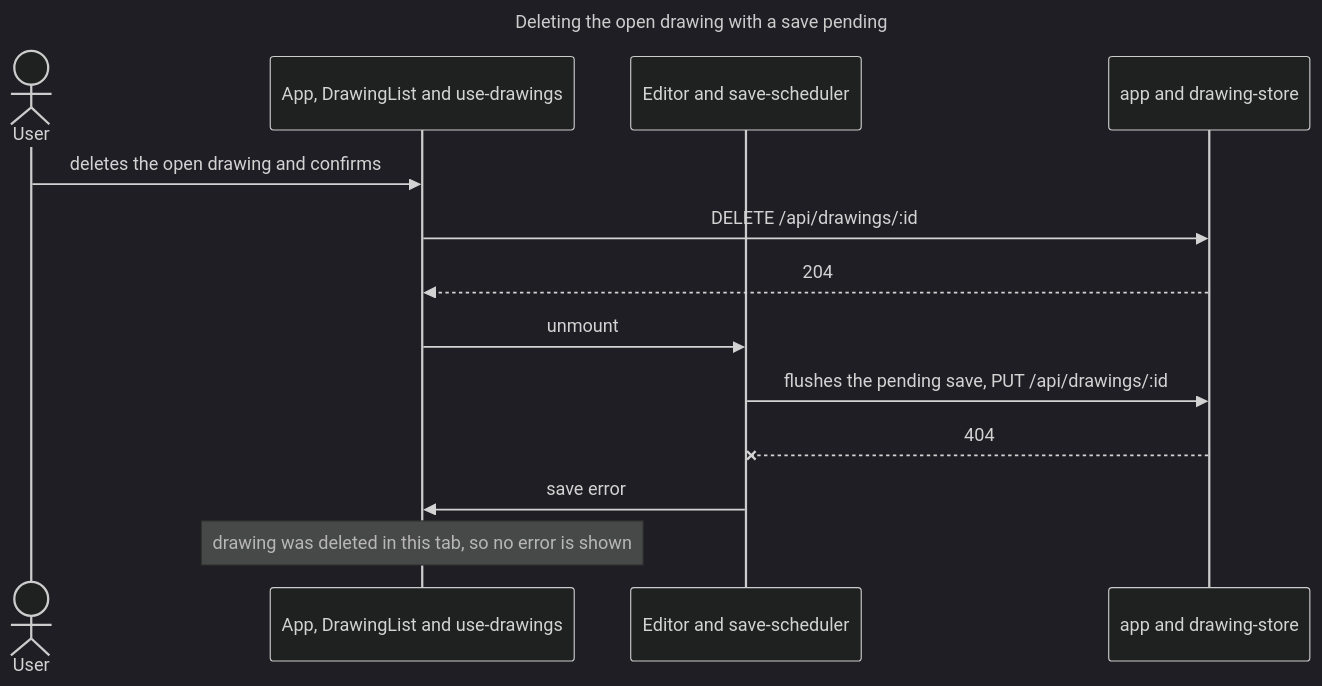
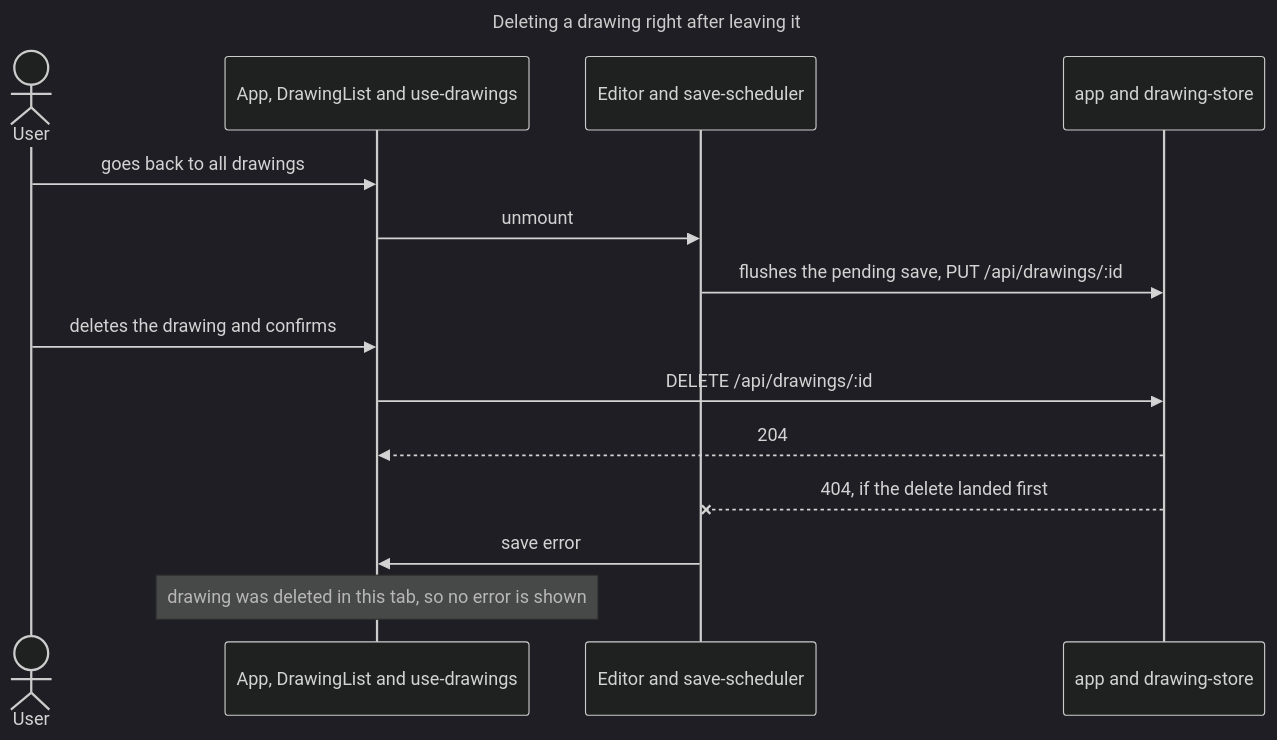
The tenth of 10 diagrams in docs/architecture/architecture.md (remshams/excalidraw-dashboard), drawn with Mermaid (dark theme) before and after one commit. The commit also changed other lines of this file and 1 other file, not shown here.

Commit message:
docs(Architecture): describe the landing page and the editor view

````diff
--- a/docs/architecture/architecture.md
+++ b/docs/architecture/architecture.md
@@ -269,18 +279,19 @@
 ```mermaid
 ---
-title: Deleting the open drawing with a save pending
+title: Deleting a drawing right after leaving it
 ---
 sequenceDiagram
     actor User
     participant App as App, DrawingList and use-drawings
     participant Editor as Editor and save-scheduler
     participant Server as app and drawing-store
-    User->>App: deletes the open drawing and confirms
+    User->>App: goes back to all drawings
+    App->>Editor: unmount
+    Editor->>Server: flushes the pending save, PUT /api/drawings/:id
+    User->>App: deletes the drawing and confirms
     App->>Server: DELETE /api/drawings/:id
     Server-->>App: 204
-    App->>Editor: unmount
-    Editor->>Server: flushes the pending save, PUT /api/drawings/:id
-    Server--xEditor: 404
+    Server--xEditor: 404, if the delete landed first
     Editor->>App: save error
     Note over App: drawing was deleted in this tab, so no error is shown
 ```
````
